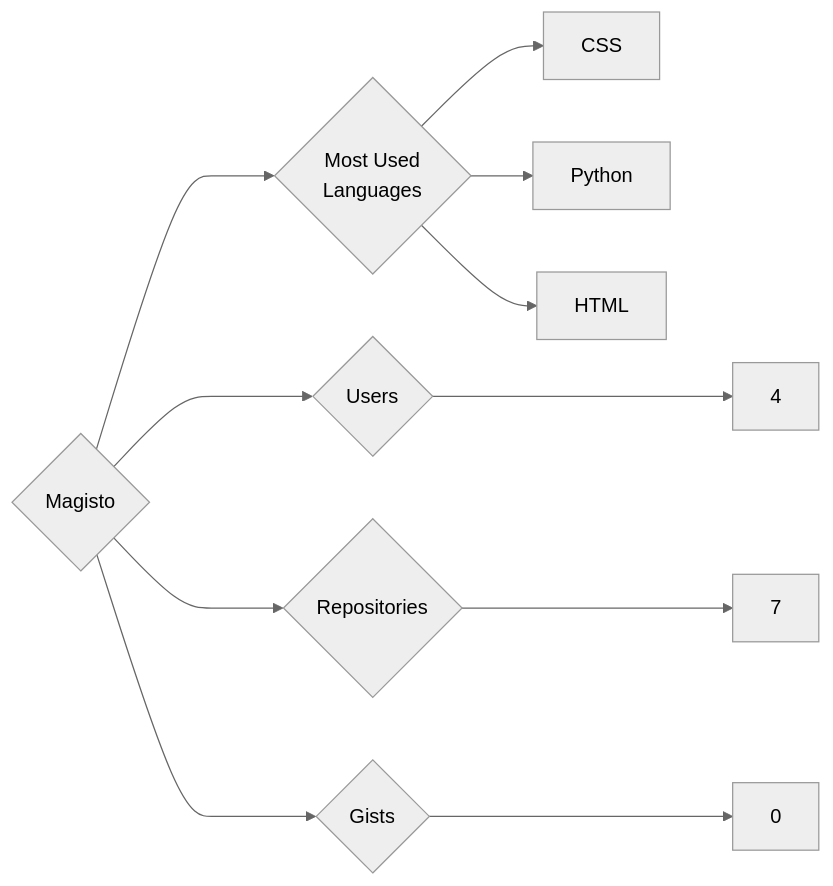
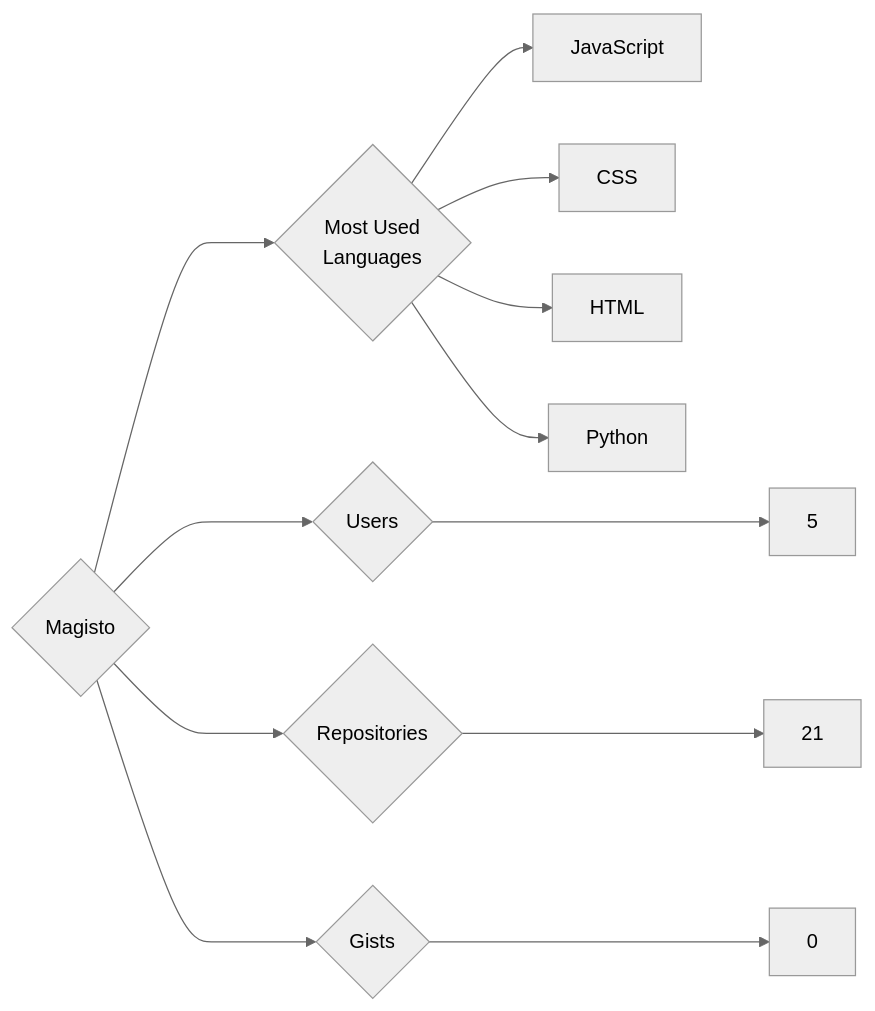
The diagram in targets/Magisto/README.md (trickest/insiders), drawn with Mermaid (neutral theme) before and after one commit. The commit also changed 809 other files, not shown here.

````diff
--- a/targets/Magisto/README.md
+++ b/targets/Magisto/README.md
@@ -3,11 +3,12 @@
 ```mermaid
 graph LR
 COMPANY_NAME{Magisto}
-COMPANY_NAME ---> U{Users} ---> UN[4]
-COMPANY_NAME ---> R{Repositories} ---> RN[7]
+COMPANY_NAME ---> U{Users} ---> UN[5]
+COMPANY_NAME ---> R{Repositories} ---> RN[21]
 COMPANY_NAME ---> G{Gists} ---> GN[0]
 COMPANY_NAME ---> ML{Most Used<br>Languages}
+ML --> JavaScript[JavaScript]
 ML --> CSS[CSS]
+ML --> HTML[HTML]
 ML --> Python[Python]
-ML --> HTML[HTML]
 ```
````
